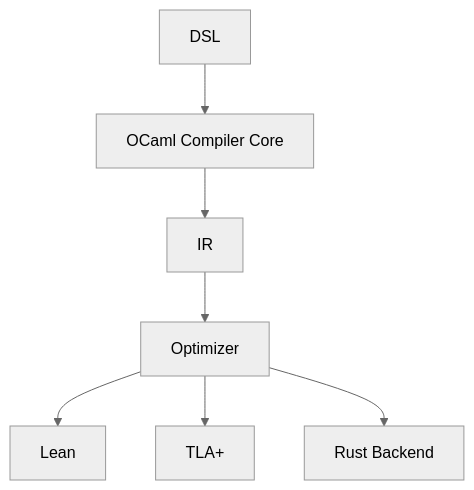
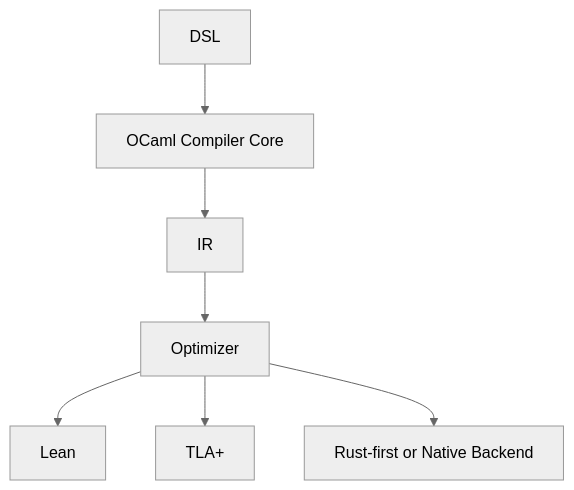
One commit to Tuee22/effectful changed diagram 21 of 24 in documents/dsl/dsl_compiler_morphology.md. Above: the diagram before and after it, drawn with Mermaid (neutral theme). The commit also changed other lines of this file and 8 other files, not shown here.

````diff
--- a/documents/dsl/dsl_compiler_morphology.md
+++ b/documents/dsl/dsl_compiler_morphology.md
@@ -1173,9 +1290,9 @@
 ```mermaid
 flowchart TD
     A[DSL] --> B[OCaml Compiler Core]
     B --> C[IR]
     C --> D[Optimizer]
     D --> E[Lean]
     D --> F[TLA+]
-    D --> G[Rust Backend]
+    D --> G[Rust-first or Native Backend]
 ```
````
